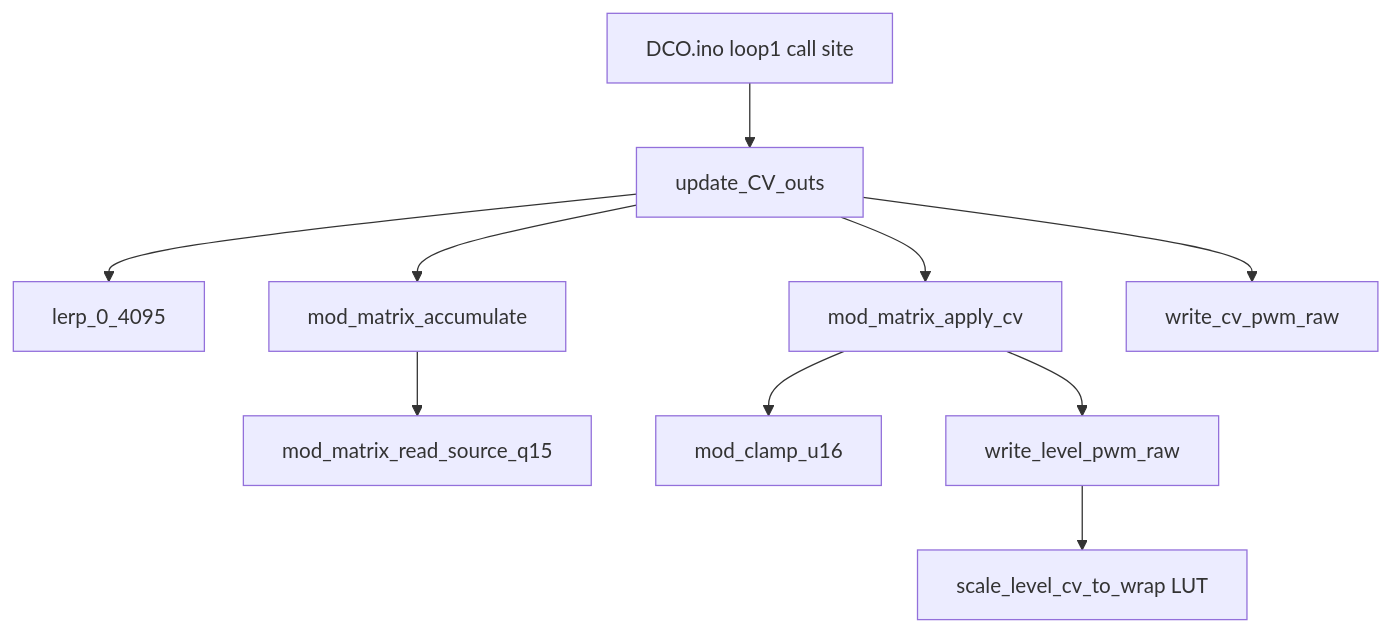
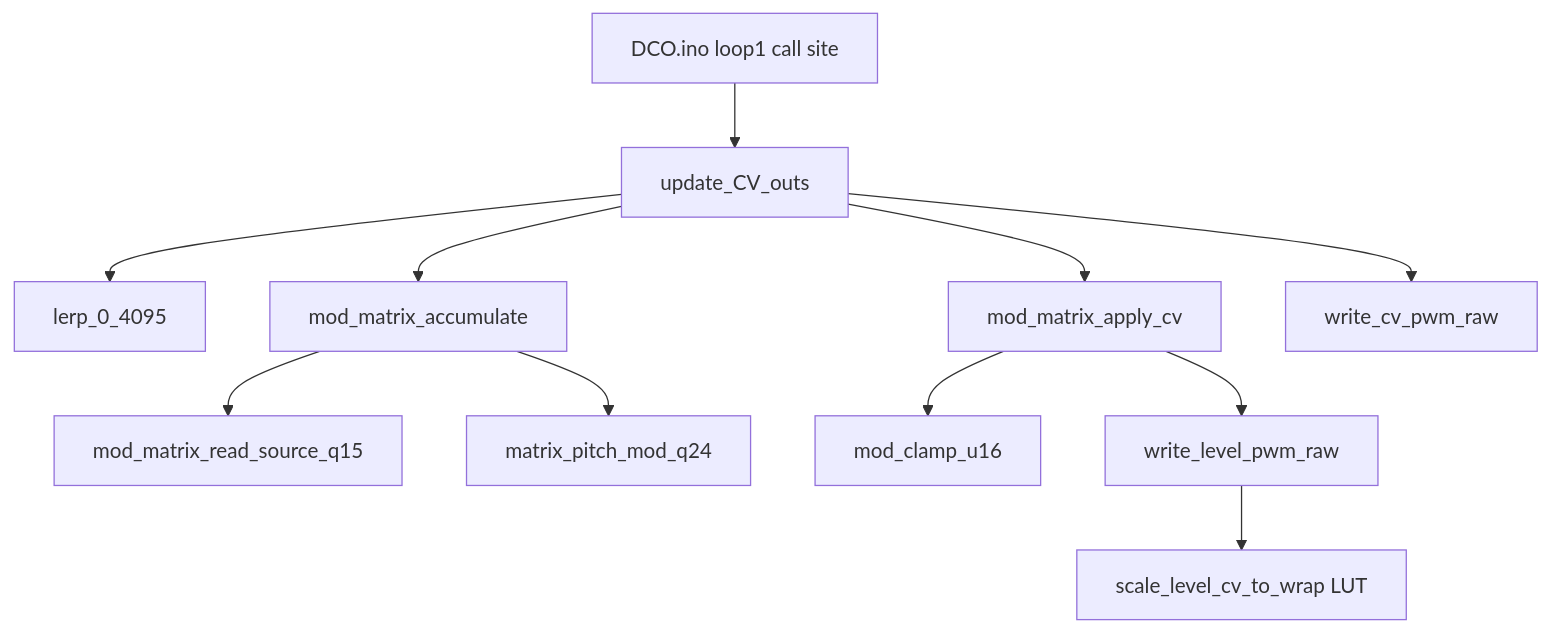
Before and after one commit to felipegaspari/DCO4-REBORN-DCO: the diagram in docs/UPDATE_CV_OUTS_HOT_PATH.md, drawn with Mermaid. The commit also changed other lines of this file and 21 other files, not shown here.

````diff
--- a/docs/UPDATE_CV_OUTS_HOT_PATH.md
+++ b/docs/UPDATE_CV_OUTS_HOT_PATH.md
@@ -13,12 +15,13 @@
 ```mermaid
 flowchart TD
   loop1["DCO.ino loop1 call site"] --> updateCV["update_CV_outs"]
   updateCV --> lerp["lerp_0_4095"]
   updateCV --> accum["mod_matrix_accumulate"]
   accum --> readSrc["mod_matrix_read_source_q15"]
+  accum --> pitchSide["matrix_pitch_mod_q24"]
   updateCV --> apply["mod_matrix_apply_cv"]
   apply --> clamp["mod_clamp_u16"]
   apply --> levelRaw["write_level_pwm_raw"]
   levelRaw --> scale["scale_level_cv_to_wrap LUT"]
   updateCV --> cvRaw["write_cv_pwm_raw"]
 ```
````
